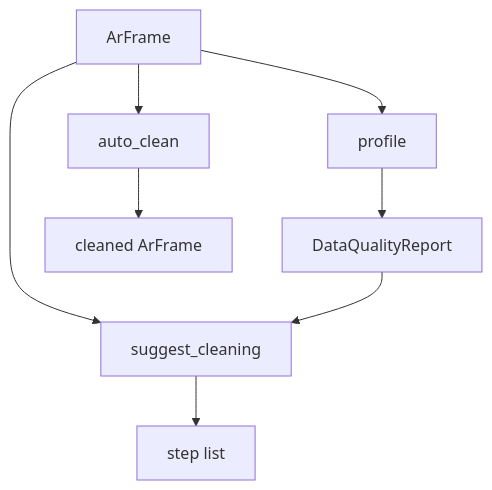
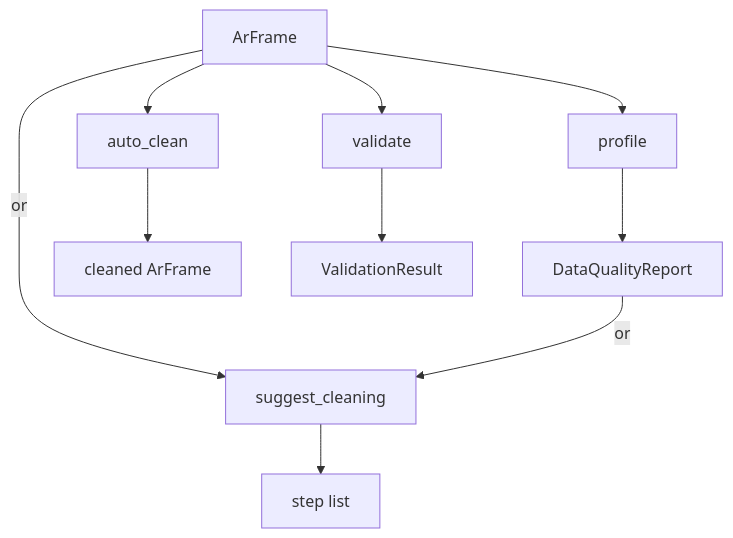
Before and after one commit to im-anishraj/arnio: the second of 2 diagrams in ARCHITECTURE.md, drawn with Mermaid. The commit also changed other lines of this file, not shown here.

Commit message:
docs: add quality and schema architecture flow

````diff
--- a/ARCHITECTURE.md
+++ b/ARCHITECTURE.md
@@ -77,10 +80,12 @@
 ```mermaid
 graph TD
-    A[ArFrame] --> B[profile]
+    A[ArFrame] -->|or| D[suggest_cleaning]
+    A --> B[profile]
     A --> C[auto_clean]
-    A --> D[suggest_cleaning]
+    A --> H[validate]
     B --> E[DataQualityReport]
-    E --> D
+    E -->|or| D
     D --> F[step list]
     C --> G[cleaned ArFrame]
+    H --> I[ValidationResult]
 ```
````
